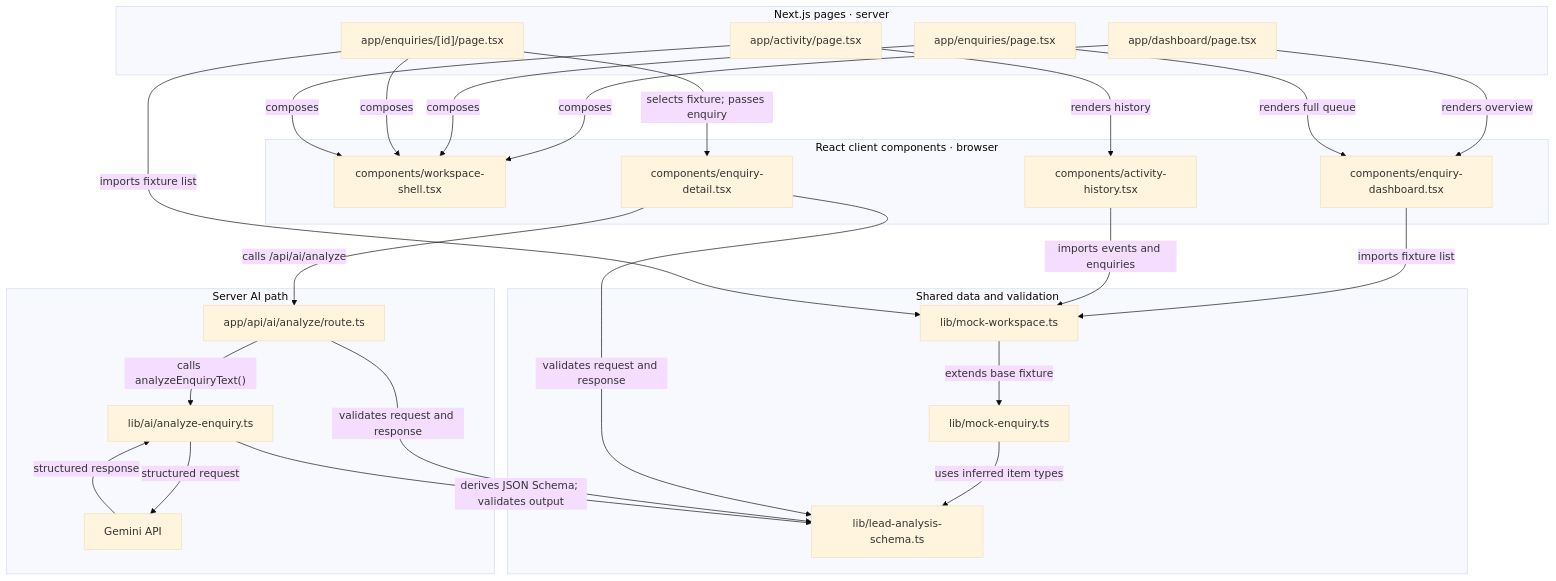
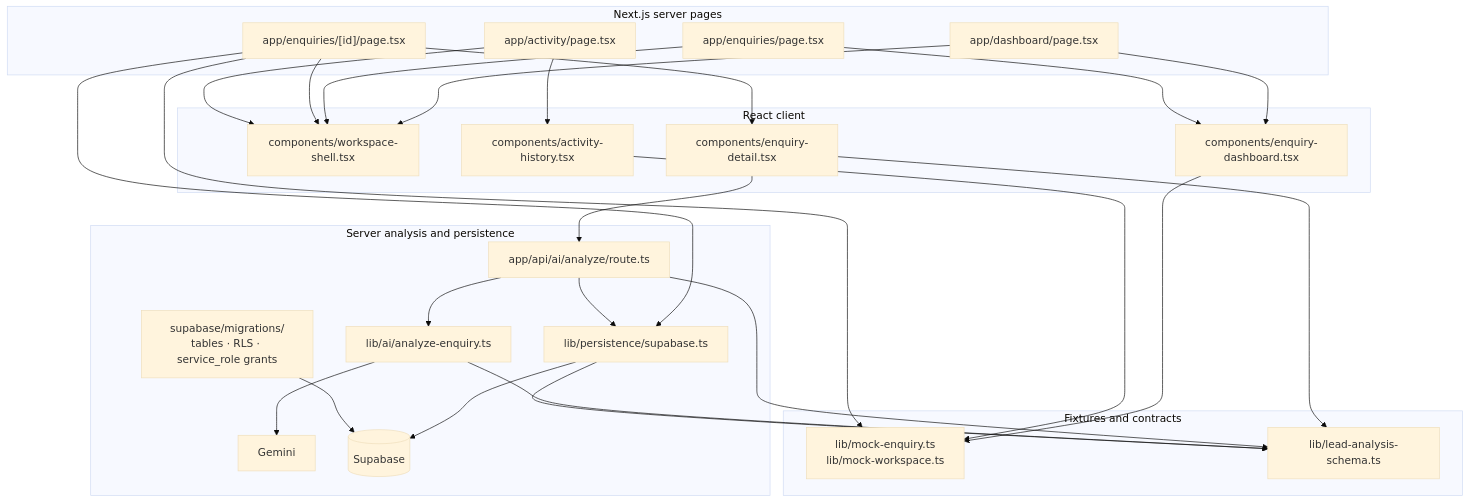
Before and after one commit to nthnmillar/morrow-ai-lead: the fourth of 4 diagrams in ARCHITECTURE_MAP.md, drawn with Mermaid (base theme). The commit also changed other lines of this file and 1 other file, not shown here.

Commit message:
Update architecture docs for persistence

````diff
--- a/ARCHITECTURE_MAP.md
+++ b/ARCHITECTURE_MAP.md
@@ -96,51 +116,53 @@
 ```mermaid
 flowchart TD
-  subgraph Pages["Next.js pages · server"]
-    DashboardPage["app/dashboard/page.tsx"]
-    EnquiriesPage["app/enquiries/page.tsx"]
+  subgraph Pages["Next.js server pages"]
+    Dashboard["app/dashboard/page.tsx"]
+    EnquiryList["app/enquiries/page.tsx"]
     DetailPage["app/enquiries/[id]/page.tsx"]
     ActivityPage["app/activity/page.tsx"]
   end
 
-  subgraph Components["React client components · browser"]
+  subgraph UI["React client"]
     Shell["components/workspace-shell.tsx"]
     Queue["components/enquiry-dashboard.tsx"]
     Detail["components/enquiry-detail.tsx"]
     Activity["components/activity-history.tsx"]
   end
 
-  subgraph DataAndValidation["Shared data and validation"]
-    MockWorkspace["lib/mock-workspace.ts"]
-    MockEnquiry["lib/mock-enquiry.ts"]
+  subgraph Shared["Fixtures and contracts"]
+    Mock["lib/mock-enquiry.ts<br/>lib/mock-workspace.ts"]
     Schema["lib/lead-analysis-schema.ts"]
   end
 
-  subgraph AIPath["Server AI path"]
+  subgraph ServerFlow["Server analysis and persistence"]
     Route["app/api/ai/analyze/route.ts"]
     Provider["lib/ai/analyze-enquiry.ts"]
-    Gemini["Gemini API"]
+    Persistence["lib/persistence/supabase.ts"]
+    Migrations["supabase/migrations/<br/>tables · RLS · service_role grants"]
+    Gemini["Gemini"]
+    Supabase[("Supabase")]
   end
 
-  DashboardPage -->|"composes"| Shell
-  DashboardPage -->|"renders overview"| Queue
-  EnquiriesPage -->|"composes"| Shell
-  EnquiriesPage -->|"renders full queue"| Queue
-  DetailPage -->|"composes"| Shell
-  DetailPage -->|"selects fixture; passes enquiry"| Detail
-  ActivityPage -->|"composes"| Shell
-  ActivityPage -->|"renders history"| Activity
-
-  Queue -->|"imports fixture list"| MockWorkspace
-  Activity -->|"imports events and enquiries"| MockWorkspace
-  DetailPage -->|"imports fixture list"| MockWorkspace
-  MockWorkspace -->|"extends base fixture"| MockEnquiry
-  MockEnquiry -->|"uses inferred item types"| Schema
-
-  Detail -->|"calls /api/ai/analyze"| Route
-  Detail -->|"validates request and response"| Schema
-  Route -->|"validates request and response"| Schema
-  Route -->|"calls analyzeEnquiryText()"| Provider
-  Provider -->|"derives JSON Schema; validates output"| Schema
-  Provider -->|"structured request"| Gemini
-  Gemini -->|"structured response"| Provider
+  Dashboard --> Shell
+  Dashboard --> Queue
+  EnquiryList --> Shell
+  EnquiryList --> Queue
+  DetailPage --> Shell
+  DetailPage --> Detail
+  ActivityPage --> Shell
+  ActivityPage --> Activity
+  Queue --> Mock
+  Activity --> Mock
+  DetailPage --> Mock
+  DetailPage --> Persistence
+  Detail --> Route
+  Detail --> Schema
+  Route --> Schema
+  Route --> Provider
+  Route --> Persistence
+  Provider --> Schema
+  Provider --> Gemini
+  Persistence --> Schema
+  Persistence --> Supabase
+  Migrations --> Supabase
 ```
````
